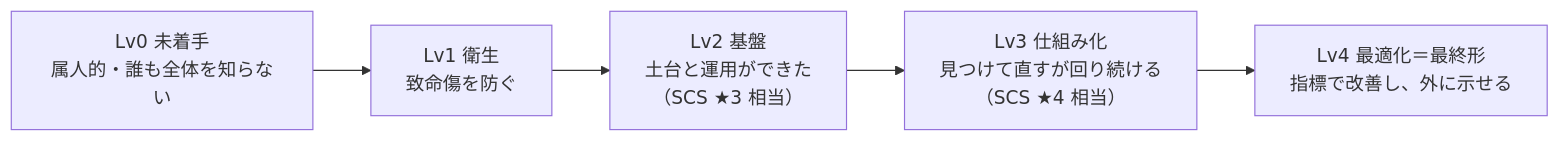
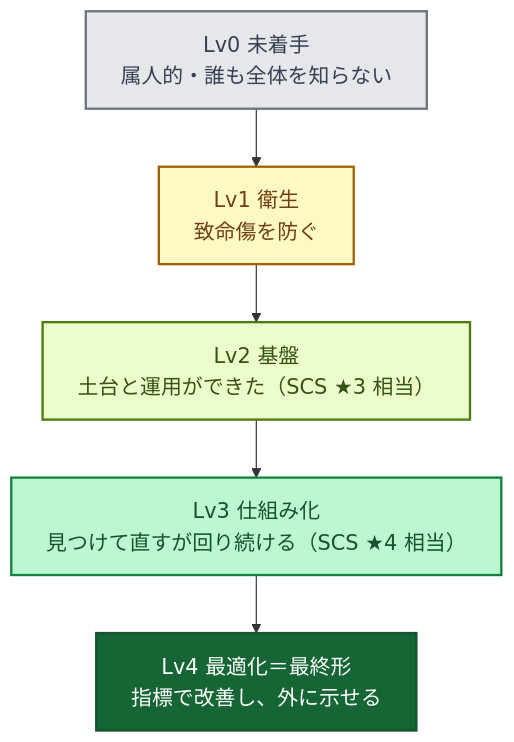
Before and after one commit to rkawajiri/zenn-content: the first of 2 diagrams in books/security-roadmap-ja/01-intro.md, drawn with Mermaid. The commit also changed other lines of this file and 9 other files, not shown here.

First line of the commit message:
redraw diagrams vertically with larger text and a consistent color palette; split tool-map and final-state diagrams

````diff
--- a/books/security-roadmap-ja/01-intro.md
+++ b/books/security-roadmap-ja/01-intro.md
@@ -62,7 +62,15 @@
 ```mermaid
-flowchart LR
-  L0["Lv0 未着手<br>属人的・誰も全体を知らない"] --> L1["Lv1 衛生<br>致命傷を防ぐ"]
-  L1 --> L2["Lv2 基盤<br>土台と運用ができた<br>（SCS ★3 相当）"]
-  L2 --> L3["Lv3 仕組み化<br>見つけて直すが回り続ける<br>（SCS ★4 相当）"]
-  L3 --> L4["Lv4 最適化＝最終形<br>指標で改善し、外に示せる"]
+%%{init: {"themeVariables": {"fontSize": "18px"}, "flowchart": {"wrappingWidth": 400}}}%%
+flowchart TB
+  L0["Lv0 未着手<br>属人的・誰も全体を知らない"]:::lv0
+  L1["Lv1 衛生<br>致命傷を防ぐ"]:::lv1
+  L2["Lv2 基盤<br>土台と運用ができた（SCS ★3 相当）"]:::lv2
+  L3["Lv3 仕組み化<br>見つけて直すが回り続ける（SCS ★4 相当）"]:::lv3
+  L4["Lv4 最適化＝最終形<br>指標で改善し、外に示せる"]:::lv4
+  L0 --> L1 --> L2 --> L3 --> L4
+  classDef lv0 fill:#e5e7eb,stroke:#6b7280,color:#374151,stroke-width:2px
+  classDef lv1 fill:#fef9c3,stroke:#a16207,color:#713f12,stroke-width:2px
+  classDef lv2 fill:#ecfccb,stroke:#4d7c0f,color:#365314,stroke-width:2px
+  classDef lv3 fill:#bbf7d0,stroke:#15803d,color:#14532d,stroke-width:2px
+  classDef lv4 fill:#166534,stroke:#14532d,color:#ffffff,stroke-width:2px
 ```
````
